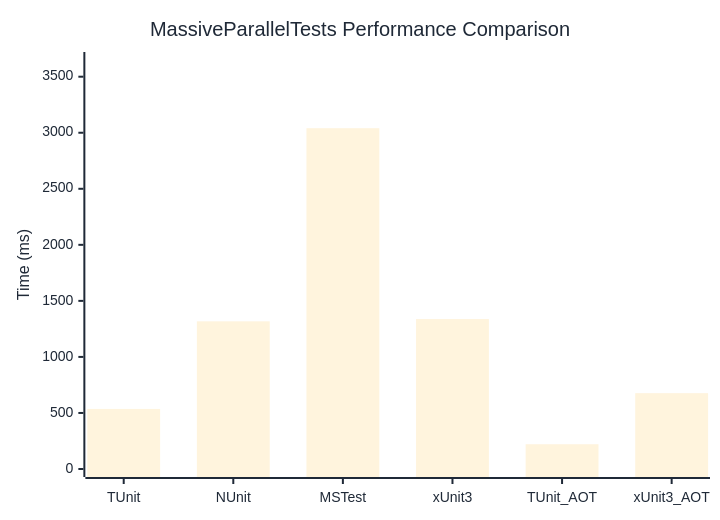
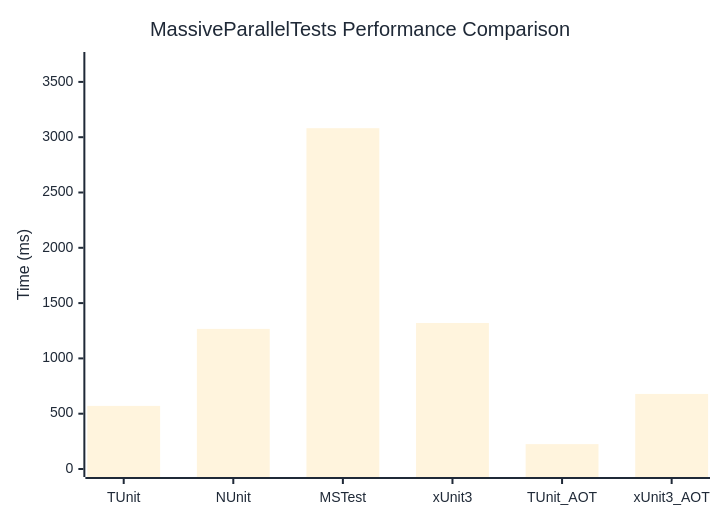
One commit to thomhurst/TUnit changed the diagram in docs/docs/benchmarks/engine/MassiveParallelTests.md. Above: the diagram before and after it, drawn with Mermaid. The commit also changed other lines of this file and 18 other files, not shown here.

````diff
--- a/docs/docs/benchmarks/engine/MassiveParallelTests.md
+++ b/docs/docs/benchmarks/engine/MassiveParallelTests.md
@@ -30,37 +30,37 @@
 ```mermaid
 %%{init: {
   'theme':'base',
   'themeVariables': {
     'primaryColor': '#2563eb',
     'primaryTextColor': '#1f2937',
     'primaryBorderColor': '#1e40af',
     'lineColor': '#6b7280',
     'secondaryColor': '#7c3aed',
     'tertiaryColor': '#dc2626',
     'background': '#ffffff',
     'mainBkg': '#2563eb',
     'secondBkg': '#7c3aed',
     'tertiaryBkg': '#dc2626',
     'clusterBkg': '#f3f4f6',
     'edgeLabelBackground': '#ffffff',
     'tertiaryTextColor': '#1f2937',
     'pie1': '#2563eb',
     'pie2': '#7c3aed',
     'pie3': '#dc2626',
     'pie4': '#f59e0b',
     'pie5': '#10b981',
     'pie6': '#06b6d4',
     'pie7': '#ec4899',
     'pie8': '#6366f1',
     'pie9': '#84cc16',
     'pie10': '#f97316',
     'pie11': '#14b8a6',
     'pie12': '#a855f7'
   }
 }}%%
 xychart-beta
   title "MassiveParallelTests Performance Comparison"
   x-axis ["TUnit", "NUnit", "MSTest", "xUnit3", "TUnit_AOT", "xUnit3_AOT"]
-  y-axis "Time (ms)" 0 --> 3649
-  bar [535.8, 1317.5, 3040.5, 1337.9, 220.9, 676.7]
+  y-axis "Time (ms)" 0 --> 3698
+  bar [570.5, 1266.8, 3081.6, 1320.1, 224.8, 678.7]
 ```
````
